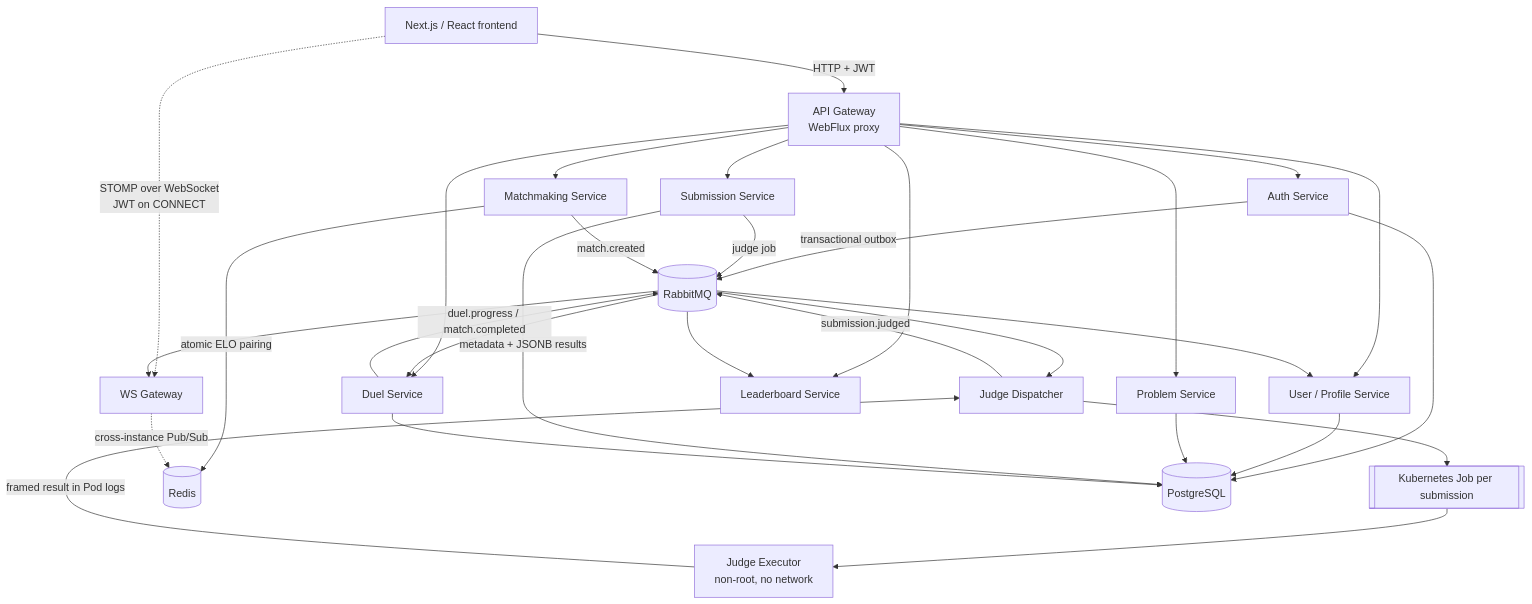
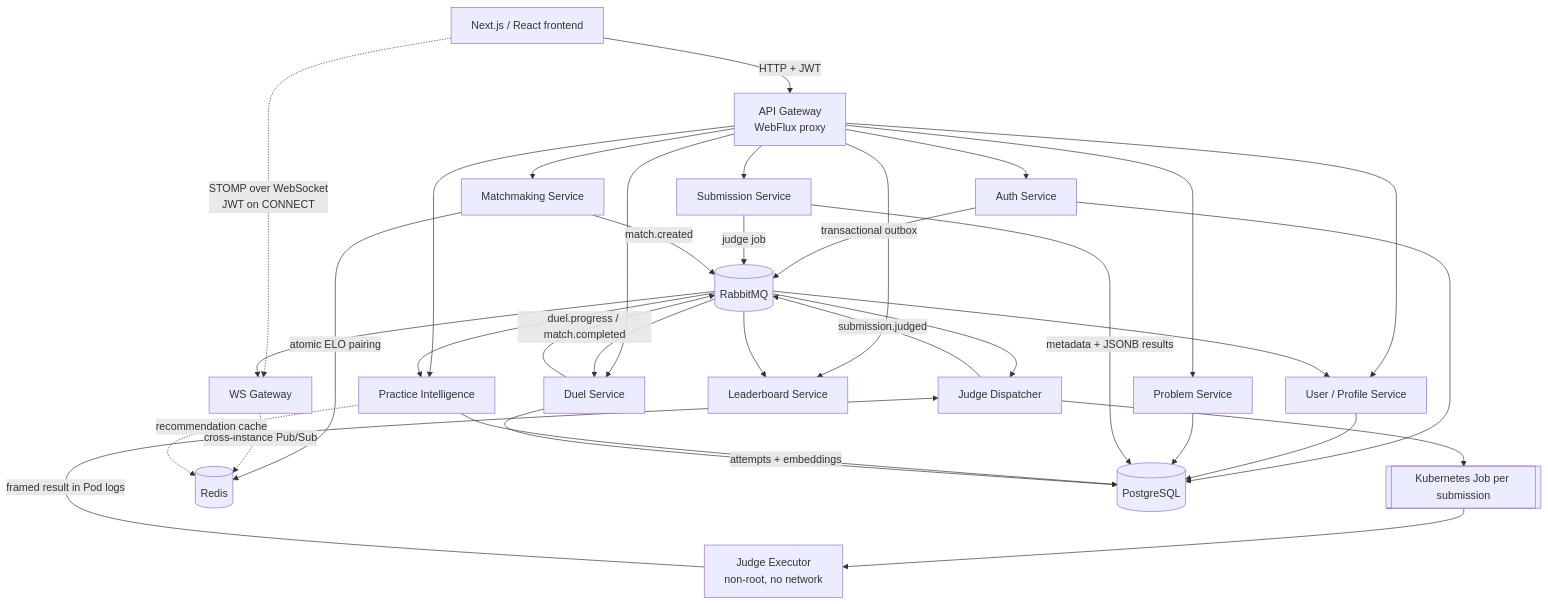
The diagram in README.md (darKKnight14110/leetduel), drawn with Mermaid before and after one commit. The commit also changed other lines of this file and 25 other files, not shown here.

````diff
--- a/README.md
+++ b/README.md
@@ -28,38 +31,42 @@
 ```mermaid
 flowchart TB
     FE["Next.js / React frontend"]
 
     FE -->|"HTTP + JWT"| GW["API Gateway<br/>WebFlux proxy"]
     FE -.->|"STOMP over WebSocket<br/>JWT on CONNECT"| WSG["WS Gateway"]
 
     GW --> AUTH["Auth Service"]
     GW --> USER["User / Profile Service"]
     GW --> PROB["Problem Service"]
     GW --> SUB["Submission Service"]
     GW --> MATCH["Matchmaking Service"]
     GW --> DUEL["Duel Service"]
     GW --> LEAD["Leaderboard Service"]
+    GW --> PRACTICE["Practice Intelligence"]
 
     AUTH -->|"transactional outbox"| MQ[(RabbitMQ)]
     SUB -->|"judge job"| MQ
     MQ --> JUDGE["Judge Dispatcher"]
     JUDGE --> JOB[["Kubernetes Job per submission"]]
     JOB --> EXEC["Judge Executor<br/>non-root, no network"]
     EXEC -->|"framed result in Pod logs"| JUDGE
     JUDGE -->|"submission.judged"| MQ
 
     MATCH -->|"atomic ELO pairing"| REDIS[(Redis)]
     MATCH -->|"match.created"| MQ
     MQ --> DUEL
     DUEL -->|"duel.progress / match.completed"| MQ
     MQ --> WSG
     MQ --> USER
     MQ --> LEAD
+    MQ --> PRACTICE
     WSG -.->|"cross-instance Pub/Sub"| REDIS
 
     AUTH --> PG[(PostgreSQL)]
     USER --> PG
     PROB --> PG
     SUB -->|"metadata + JSONB results"| PG
+    PRACTICE -->|"attempts + embeddings"| PG
+    PRACTICE -.->|"recommendation cache"| REDIS
     DUEL --> PG
 ```
````
